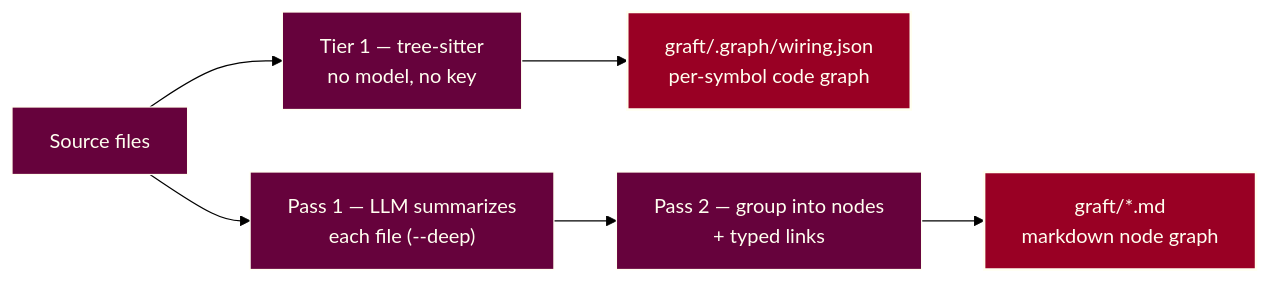
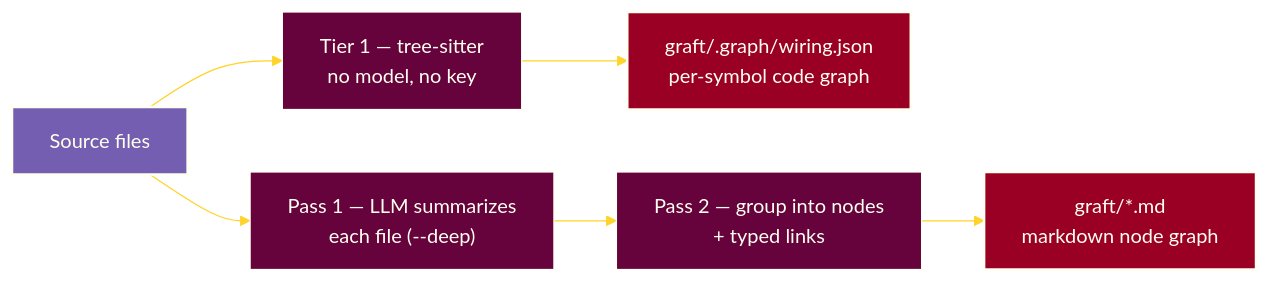
Before and after one commit to ryanduguid/Graft: the diagram in README.md, drawn with Mermaid.

Commit message:
docs: extend Mermaid accent palette (#8)

````diff
--- a/README.md
+++ b/README.md
@@ -191,11 +191,13 @@
 ```mermaid
 flowchart LR
-%%{init: {"theme": "base", "look": "classic", "themeVariables": {"background": "#000000", "primaryColor": "#66023C", "primaryTextColor": "#FFFFF0", "primaryBorderColor": "#FFFFF0", "lineColor": "#000000", "textColor": "#FFFFF0", "edgeLabelBackground": "#000000", "clusterBkg": "#000000", "clusterBorder": "#FFFFF0", "titleColor": "#FFFFF0"}, "themeCSS": ".flowchart-link, .relationshipLine, marker path { filter: drop-shadow(0px 1px 0px #FFFFF0) drop-shadow(0px -1px 0px #FFFFF0) drop-shadow(1px 0px 0px #FFFFF0) drop-shadow(-1px 0px 0px #FFFFF0); }"}}%%
+%%{init: {"theme": "base", "look": "classic", "themeVariables": {"background": "#000000", "primaryColor": "#66023C", "primaryTextColor": "#FFFFF0", "primaryBorderColor": "#FFFFF0", "lineColor": "#FFD32A", "textColor": "#FFFFF0", "edgeLabelBackground": "#000000", "clusterBkg": "#000000", "clusterBorder": "#9B7735", "titleColor": "#FFFFF0"}}}%%
     S[Source files] --> T["Tier 1 — tree-sitter<br/>no model, no key"]
     S --> P1["Pass 1 — LLM summarizes<br/>each file (--deep)"]
     T --> W["graft/.graph/wiring.json<br/>per-symbol code graph"]
     P1 --> P2["Pass 2 — group into nodes<br/>+ typed links"]
     P2 --> N["graft/*.md<br/>markdown node graph"]
     style W fill:#990024,stroke:#FFFFF0,stroke-width:2px,color:#FFFFF0
     style N fill:#990024,stroke:#FFFFF0,stroke-width:2px,color:#FFFFF0
+    classDef external fill:#745EB1,stroke:#FFFFF0,stroke-width:2px,color:#FFFFF0
+    class S external
 ```
````
